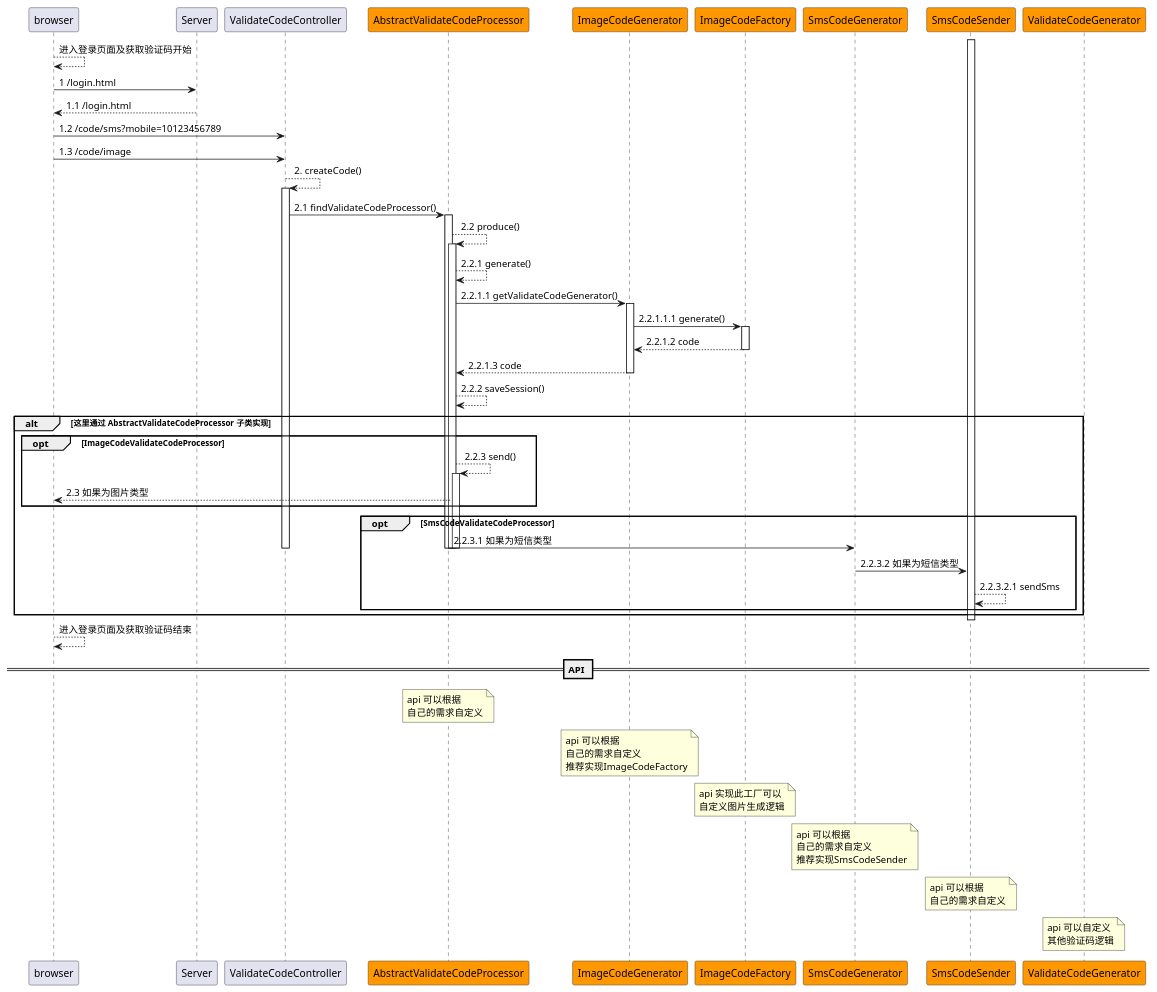
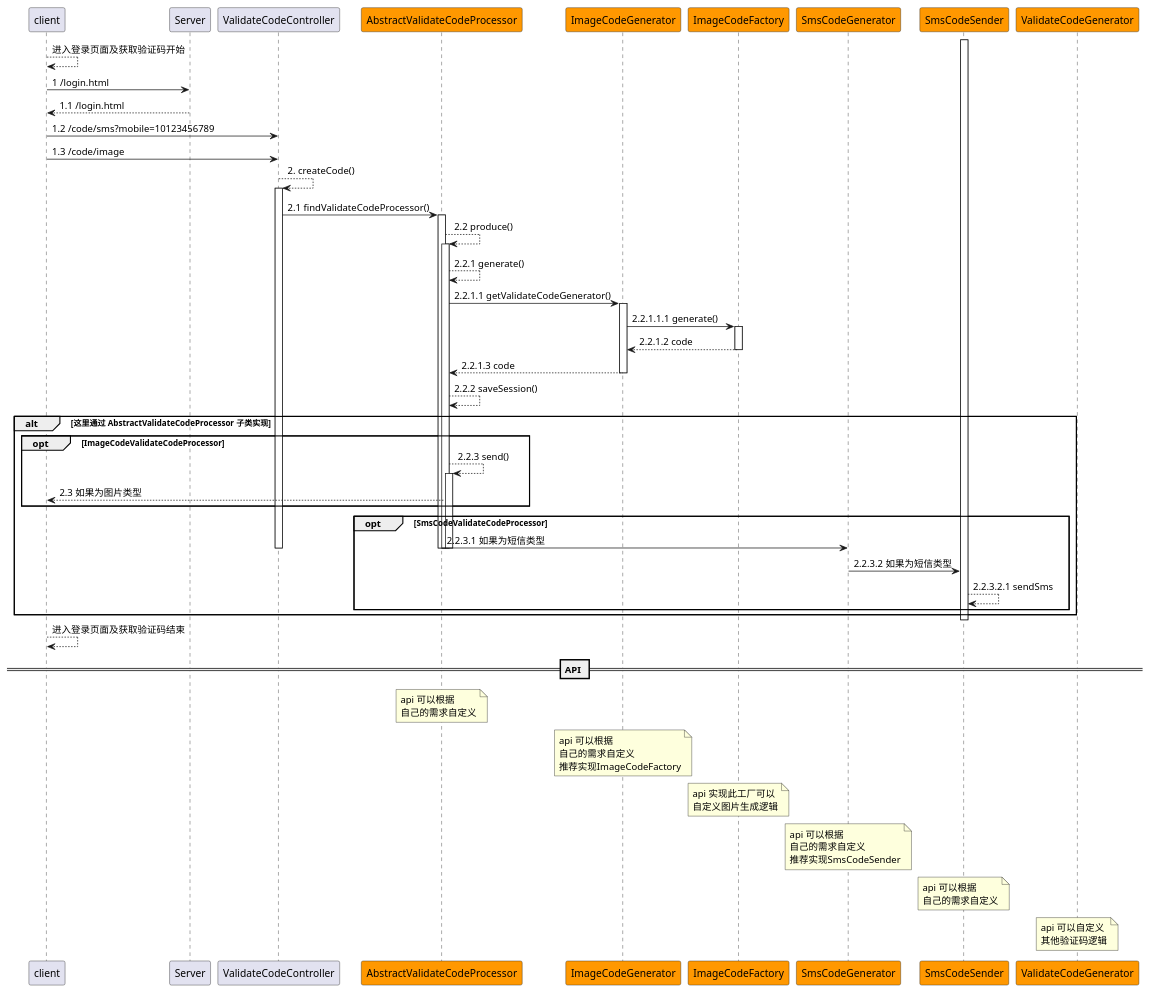
One commit to ZeroOrInfinity/UMS changed the diagram in doc/getValidateCode.puml. Above: the diagram before and after it, drawn with PlantUML. The commit also changed 137 other files, not shown here.

```diff
--- a/doc/getValidateCode.puml
+++ b/doc/getValidateCode.puml
@@ -1,61 +1,61 @@
 @startuml
 
-browser --> browser: 进入登录页面及获取验证码开始
+client --> client: 进入登录页面及获取验证码开始
 
-browser -> Server: 1 /login.html
-Server --> browser: 1.1 /login.html
-browser -> ValidateCodeController: 1.2 /code/sms?mobile=10123456789
-browser -> ValidateCodeController: 1.3 /code/image
+client -> Server: 1 /login.html
+Server --> client: 1.1 /login.html
+client -> ValidateCodeController: 1.2 /code/sms?mobile=10123456789
+client -> ValidateCodeController: 1.3 /code/image
 
 ValidateCodeController --> ValidateCodeController: 2. createCode()
 activate ValidateCodeController
 participant AbstractValidateCodeProcessor #ff9800
 ValidateCodeController -> AbstractValidateCodeProcessor: 2.1 findValidateCodeProcessor()
 activate AbstractValidateCodeProcessor
 AbstractValidateCodeProcessor --> AbstractValidateCodeProcessor: 2.2 produce()
 activate AbstractValidateCodeProcessor
 AbstractValidateCodeProcessor --> AbstractValidateCodeProcessor: 2.2.1 generate()
 participant ImageCodeGenerator #ff9800
 AbstractValidateCodeProcessor -> ImageCodeGenerator: 2.2.1.1 getValidateCodeGenerator()
 activate ImageCodeGenerator
 participant ImageCodeFactory #ff9800
 ImageCodeGenerator -> ImageCodeFactory: 2.2.1.1.1 generate()
 activate ImageCodeFactory
 ImageCodeFactory --> ImageCodeGenerator: 2.2.1.2 code
 deactivate ImageCodeFactory
 ImageCodeGenerator --> AbstractValidateCodeProcessor: 2.2.1.3 code
 deactivate ImageCodeGenerator
 AbstractValidateCodeProcessor --> AbstractValidateCodeProcessor: 2.2.2 saveSession()
 alt 这里通过 AbstractValidateCodeProcessor 子类实现
 opt ImageCodeValidateCodeProcessor
 AbstractValidateCodeProcessor --> AbstractValidateCodeProcessor: 2.2.3 send()
 activate AbstractValidateCodeProcessor
-AbstractValidateCodeProcessor --> browser: 2.3 如果为图片类型
+AbstractValidateCodeProcessor --> client: 2.3 如果为图片类型
 end
 opt SmsCodeValidateCodeProcessor
 participant SmsCodeGenerator #ff9800
 AbstractValidateCodeProcessor -> SmsCodeGenerator: 2.2.3.1 如果为短信类型
 deactivate AbstractValidateCodeProcessor
 
 deactivate AbstractValidateCodeProcessor
 deactivate AbstractValidateCodeProcessor
 deactivate ValidateCodeController
 participant SmsCodeSender #ff9800
 SmsCodeGenerator -> SmsCodeSender: 2.2.3.2 如果为短信类型
 SmsCodeSender --> SmsCodeSender: 2.2.3.2.1 sendSms
 end
 end
 activate SmsCodeSender
 deactivate SmsCodeSender
-browser --> browser: 进入登录页面及获取验证码结束
+client --> client: 进入登录页面及获取验证码结束
 == API ==
 note over AbstractValidateCodeProcessor: api 可以根据\n自己的需求自定义
 note over  ImageCodeGenerator: api 可以根据\n自己的需求自定义\n推荐实现ImageCodeFactory
 note over  ImageCodeFactory: api 实现此工厂可以\n自定义图片生成逻辑
 note over  SmsCodeGenerator: api 可以根据\n自己的需求自定义\n推荐实现SmsCodeSender
 note over  SmsCodeSender: api 可以根据\n自己的需求自定义
 participant ValidateCodeGenerator #ff9800
 note over  ValidateCodeGenerator: api 可以自定义\n其他验证码逻辑
 participant ValidateCodeGenerator #ff9800
 
 @enduml
```
